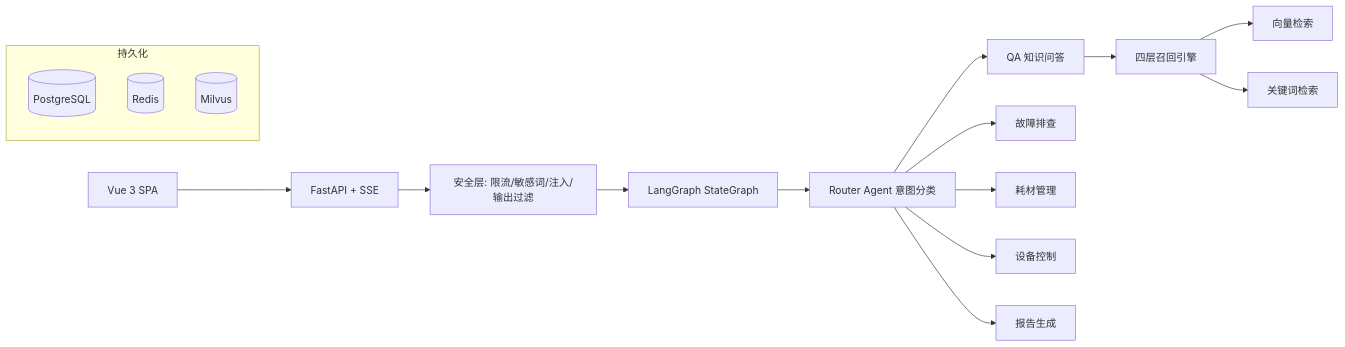
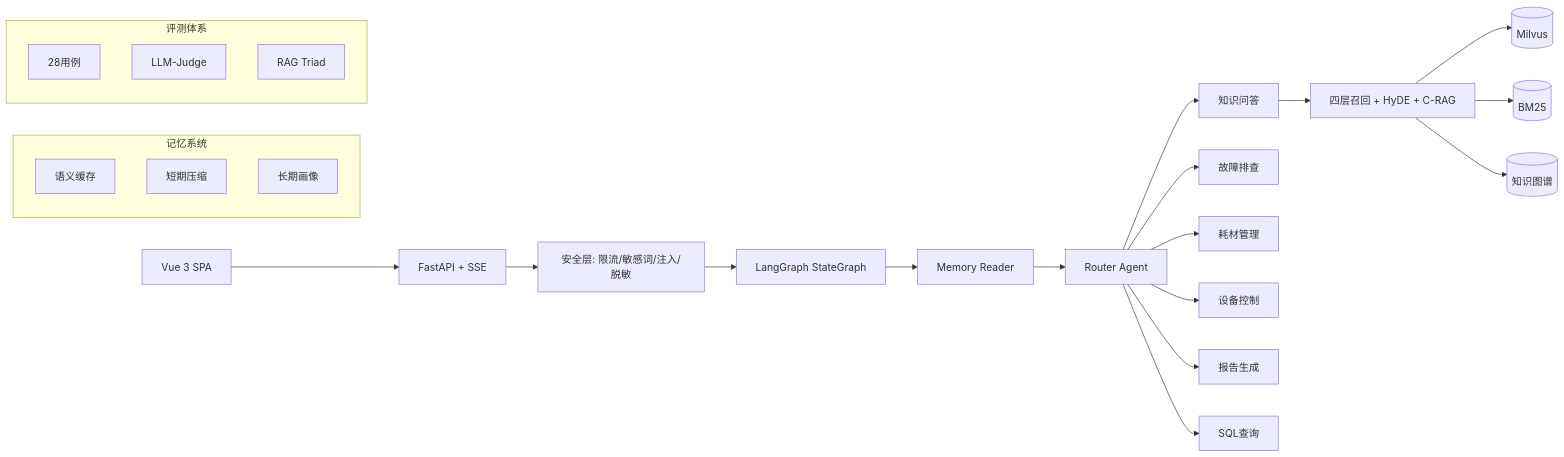
Before and after one commit to jiang436/smart-qa-agent-system: the diagram in README.md, drawn with Mermaid. The commit also changed other lines of this file and 111 other files, not shown here.

````diff
--- a/README.md
+++ b/README.md
@@ -9,20 +9,28 @@
 ```mermaid
 flowchart LR
     Client[Vue 3 SPA] --> API[FastAPI + SSE]
-    API --> Security[安全层: 限流/敏感词/注入/输出过滤]
+    API --> Security[安全层: 限流/敏感词/注入/脱敏]
     Security --> LangGraph[LangGraph StateGraph]
-    LangGraph --> Router[Router Agent 意图分类]
-    Router --> QA[QA 知识问答]
-    Router --> Trouble[故障排查]
-    Router --> Consumable[耗材管理]
-    Router --> Device[设备控制]
-    Router --> Report[报告生成]
-    QA --> RAG[四层召回引擎]
-    RAG --> Milvus[向量检索]
-    RAG --> BM25[关键词检索]
-    subgraph Storage[持久化]
-        PG[(PostgreSQL)]
-        Redis[(Redis)]
-        MilvusDB[(Milvus)]
+    LangGraph --> MR[Memory Reader]
+    MR --> Router[Router Agent]
+    Router --> QA[知识问答]
+    Router --> TS[故障排查]
+    Router --> CS[耗材管理]
+    Router --> DC[设备控制]
+    Router --> RP[报告生成]
+    Router --> SQ[SQL查询]
+    QA --> RAG[四层召回 + HyDE + C-RAG]
+    RAG --> Milvus[(Milvus)]
+    RAG --> BM25[(BM25)]
+    RAG --> KG[(知识图谱)]
+    subgraph Memory[记忆系统]
+        Cache[语义缓存]
+        STM[短期压缩]
+        LTM[长期画像]
+    end
+    subgraph Eval[评测体系]
+        Runner[28用例]
+        Judge[LLM-Judge]
+        Triad[RAG Triad]
     end
 ```
````
